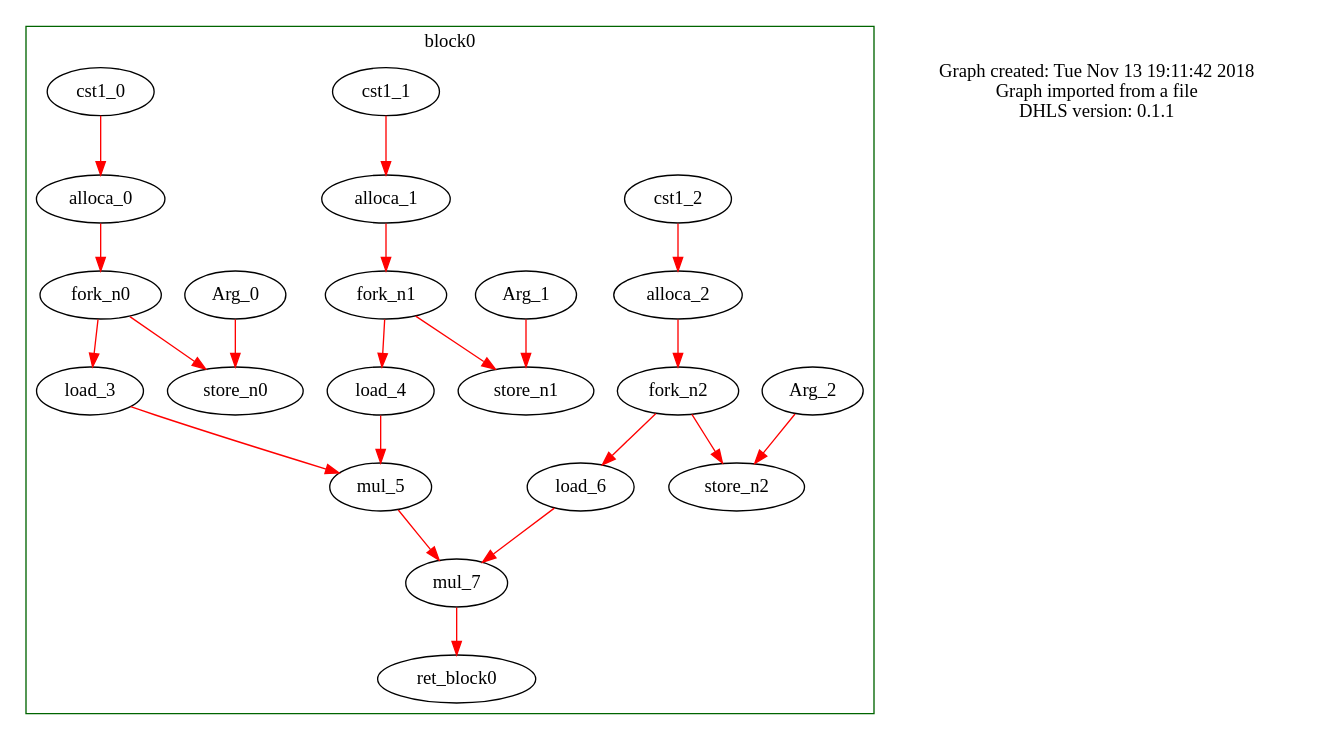
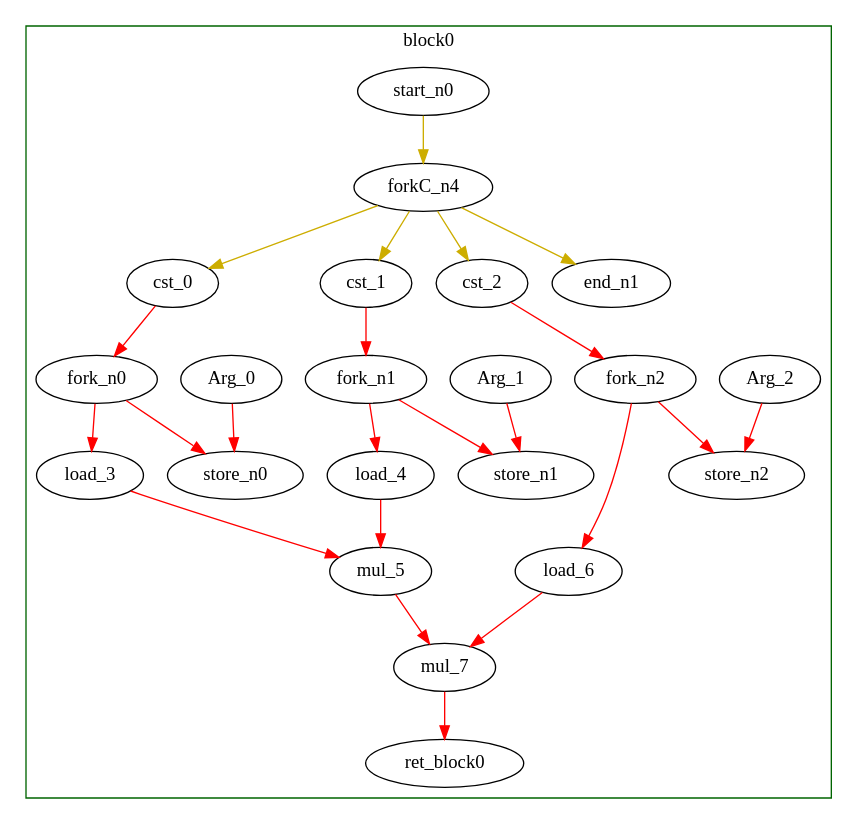
One commit to mayyxeng/BLIFMaker changed the diagram in graph.dot. Above: the diagram before and after it, drawn with Graphviz. The commit also changed 4 other files, not shown here.

```diff
--- a/graph.dot
+++ b/graph.dot
@@ -1,53 +1,50 @@
 Digraph G {
-	channel_width = "32";
 	splines=spline;
 		"Arg_0" [type = "Entry", out = "out1"];
 		"Arg_1" [type = "Entry", out = "out1"];
 		"Arg_2" [type = "Entry", out = "out1"];
-		"cst1_0" [type = "Constant", in = "in1", out = "out1"];
-		"alloca_0" [type = "Operator", op = "alloca", in = "in1 ", out ="out1 "];
-		"cst1_1" [type = "Constant", in = "in1", out = "out1"];
-		"alloca_1" [type = "Operator", op = "alloca", in = "in1 ", out ="out1 "];
-		"cst1_2" [type = "Constant", in = "in1", out = "out1"];
-		"alloca_2" [type = "Operator", op = "alloca", in = "in1 ", out ="out1 "];
+		"cst_0" [type = "Constant", in = "in1", out = "out1", value = "0x1"];
+		"cst_1" [type = "Constant", in = "in1", out = "out1", value = "0x1"];
+		"cst_2" [type = "Constant", in = "in1", out = "out1", value = "0x1"];
 		"store_n0" [type = "Operator", op = "store", in = "in1 in2 "];
 		"store_n1" [type = "Operator", op = "store", in = "in1 in2 "];
 		"store_n2" [type = "Operator", op = "store", in = "in1 in2 "];
 		"load_3" [type = "Operator", op = "load", in = "in1 ", out ="out1 "];
 		"load_4" [type = "Operator", op = "load", in = "in1 ", out ="out1 "];
 		"mul_5" [type = "Operator", op = "mul", in = "in1 in2 ", out ="out1 "];
 		"load_6" [type = "Operator", op = "load", in = "in1 ", out ="out1 "];
 		"mul_7" [type = "Operator", op = "mul", in = "in1 in2 ", out ="out1 "];
 		"ret_block0" [type = "Exit",  in = " in1 "];
 		"fork_n0" [type = "Fork", in = "in1", out = "out1 out2 "];
 		"fork_n1" [type = "Fork", in = "in1", out = "out1 out2 "];
 		"fork_n2" [type = "Fork", in = "in1", out = "out1 out2 "];
-		"Graph created: Tue Nov 13 19:11:42 2018
-Graph imported from a file
-DHLS version: 0.1.1
-" [shape = "none" pos = "20,20!"]
+		"start_n0" [type = "Entry", out = "out1"];
+		"forkC_n4" [type = "Fork", in = "in1", out = "out1 out2 out3 out4 "];
+		"end_n1" [type = "Exit", in = "in1"];
 	subgraph cluster_0 {
 	color = "darkgreen";
 		label = "block0";
 		"Arg_0" -> "store_n0" [color = "red", from = "out1", to = "in1"];
 		"Arg_1" -> "store_n1" [color = "red", from = "out1", to = "in1"];
 		"Arg_2" -> "store_n2" [color = "red", from = "out1", to = "in1"];
-		"cst1_0" -> "alloca_0" [color = "red", from = "out1", to = "in1"];
-		"alloca_0" -> "fork_n0" [color = "red", from = "out1", to = "in1"];
-		"cst1_1" -> "alloca_1" [color = "red", from = "out1", to = "in1"];
-		"alloca_1" -> "fork_n1" [color = "red", from = "out1", to = "in1"];
-		"cst1_2" -> "alloca_2" [color = "red", from = "out1", to = "in1"];
-		"alloca_2" -> "fork_n2" [color = "red", from = "out1", to = "in1"];
+		"cst_0" -> "fork_n0" [color = "red", from = "out1", to = "in1"];
+		"cst_1" -> "fork_n1" [color = "red", from = "out1", to = "in1"];
+		"cst_2" -> "fork_n2" [color = "red", from = "out1", to = "in1"];
 		"load_3" -> "mul_5" [color = "red", from = "out1", to = "in1"];
 		"load_4" -> "mul_5" [color = "red", from = "out1", to = "in2"];
 		"mul_5" -> "mul_7" [color = "red", from = "out1", to = "in1"];
 		"load_6" -> "mul_7" [color = "red", from = "out1", to = "in2"];
 		"mul_7" -> "ret_block0" [color = "red", from = "out1", to = "in1"];
 		"fork_n0" -> "store_n0" [color = "red", from = "out1", to = "in2"];
 		"fork_n0" -> "load_3" [color = "red", from = "out2", to = "in1"];
 		"fork_n1" -> "store_n1" [color = "red", from = "out1", to = "in2"];
 		"fork_n1" -> "load_4" [color = "red", from = "out2", to = "in1"];
 		"fork_n2" -> "store_n2" [color = "red", from = "out1", to = "in2"];
 		"fork_n2" -> "load_6" [color = "red", from = "out2", to = "in1"];
+		"start_n0" -> "forkC_n4" [color = "gold3",from = "out1", to = "in1"];
+		"forkC_n4" -> "cst_0" [color = "gold3",from = "out1", to = "in1"];
+		"forkC_n4" -> "cst_1" [color = "gold3",from = "out2", to = "in1"];
+		"forkC_n4" -> "cst_2" [color = "gold3",from = "out3", to = "in1"];
+		"forkC_n4" -> "end_n1" [color = "gold3",from = "out4", to = "in1"];
 	}
 }
```
